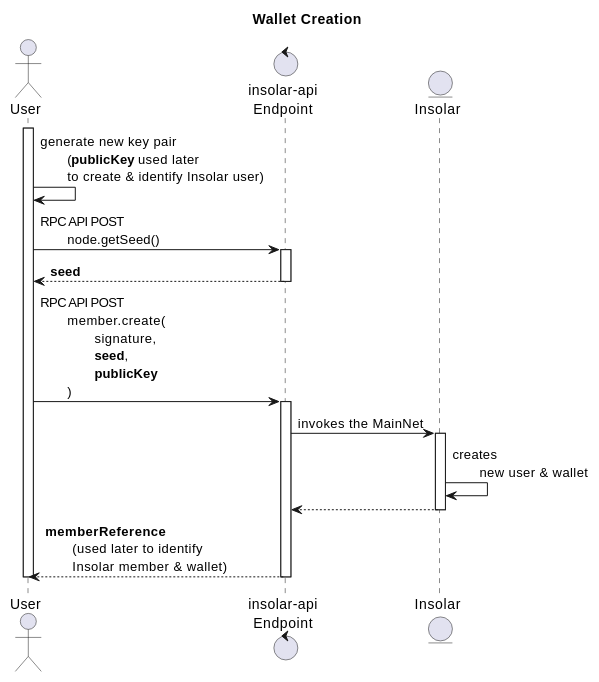
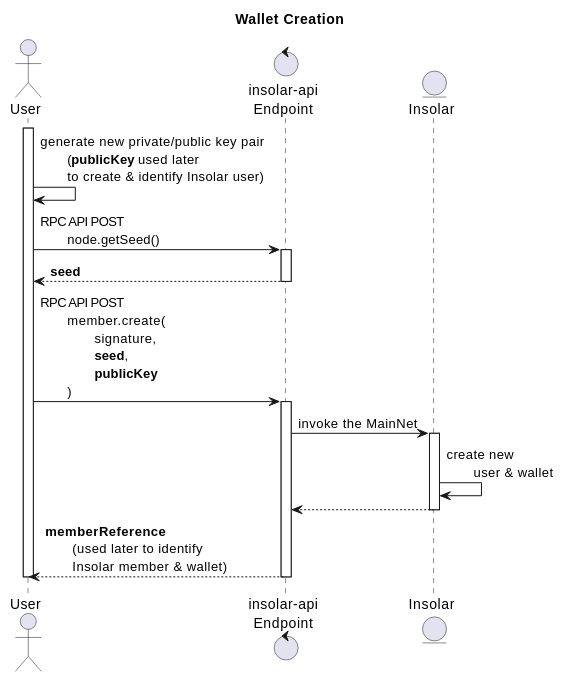
Before and after one commit to insolar/docs: the second of 4 diagrams in docs/source/use-cases.rst, drawn with PlantUML. The commit also changed other lines of this file and 20 other files, not shown here.

First line of the commit message:
update graphic files that show Insolar Wallet interface, update text … (#5)

```diff
--- a/docs/source/use-cases.rst
+++ b/docs/source/use-cases.rst
@@ -85,28 +85,28 @@
 .. uml::
 
    @startuml
    skinparam componentStyle uml2
    skinparam shadowing false
 
    title Wallet Creation
 
    actor "User" as U
    control "insolar-api\nEndpoint" as RPC
    entity "Insolar" as Ins
 
    activate U
-   U -> U : generate new key pair\n\t(<b>publicKey</b> used later\n\tto create & identify Insolar user)
+   U -> U : generate new private/public key pair\n\t(<b>publicKey</b> used later\n\tto create & identify Insolar user)
 
    U -> RPC : RPC API POST\n\tnode.getSeed()
    activate RPC
    return <b>seed</b>
    U -> RPC : RPC API POST\n\tmember.create(\n\t\tsignature,\n\t\t<b>seed</b>,\n\t\t<b>publicKey</b>\n\t)
    activate RPC
-   RPC -> Ins : invokes the MainNet
+   RPC -> Ins : invoke the MainNet
    activate Ins
-   Ins -> Ins : creates\n\tnew user & wallet
+   Ins -> Ins : create new \n\tuser & wallet
    return
    return <b>memberReference</b>\n\t(used later to identify\n\tInsolar member & wallet)
    deactivate U
 
    @enduml
```
